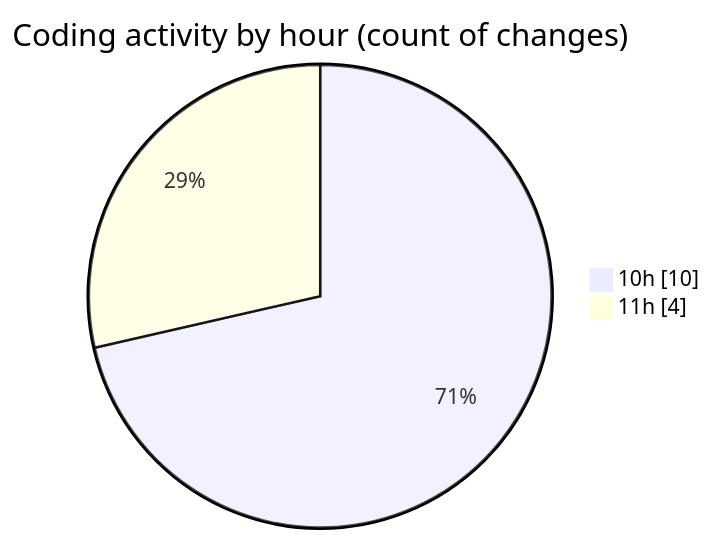
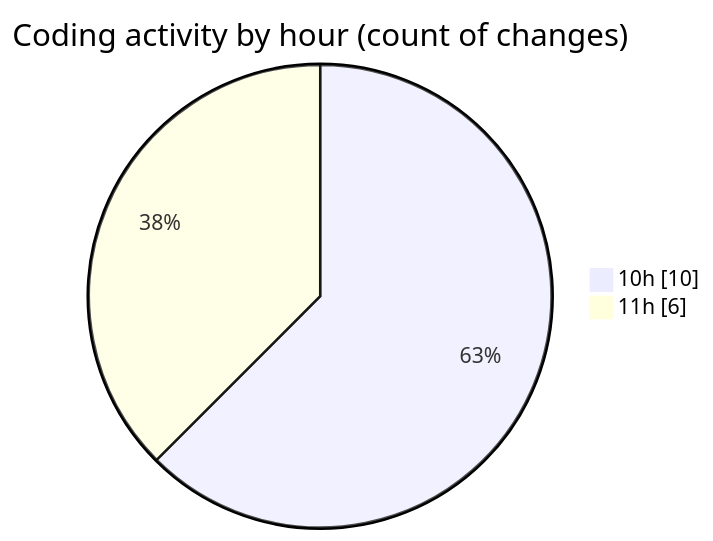
One commit to donsfak/code-tracking changed the second of 2 diagrams in 2025-02-18/uber_clone/README.md. Above: the diagram before and after it, drawn with Mermaid. The commit also changed other lines of this file and 1 other file, not shown here.

````diff
--- a/2025-02-18/uber_clone/README.md
+++ b/2025-02-18/uber_clone/README.md
@@ -29,6 +29,6 @@
 ```mermaid
 pie showData
 title Coding activity by hour (count of changes)
 "10h" : 10
-"11h" : 4
+"11h" : 6
 ```
````
